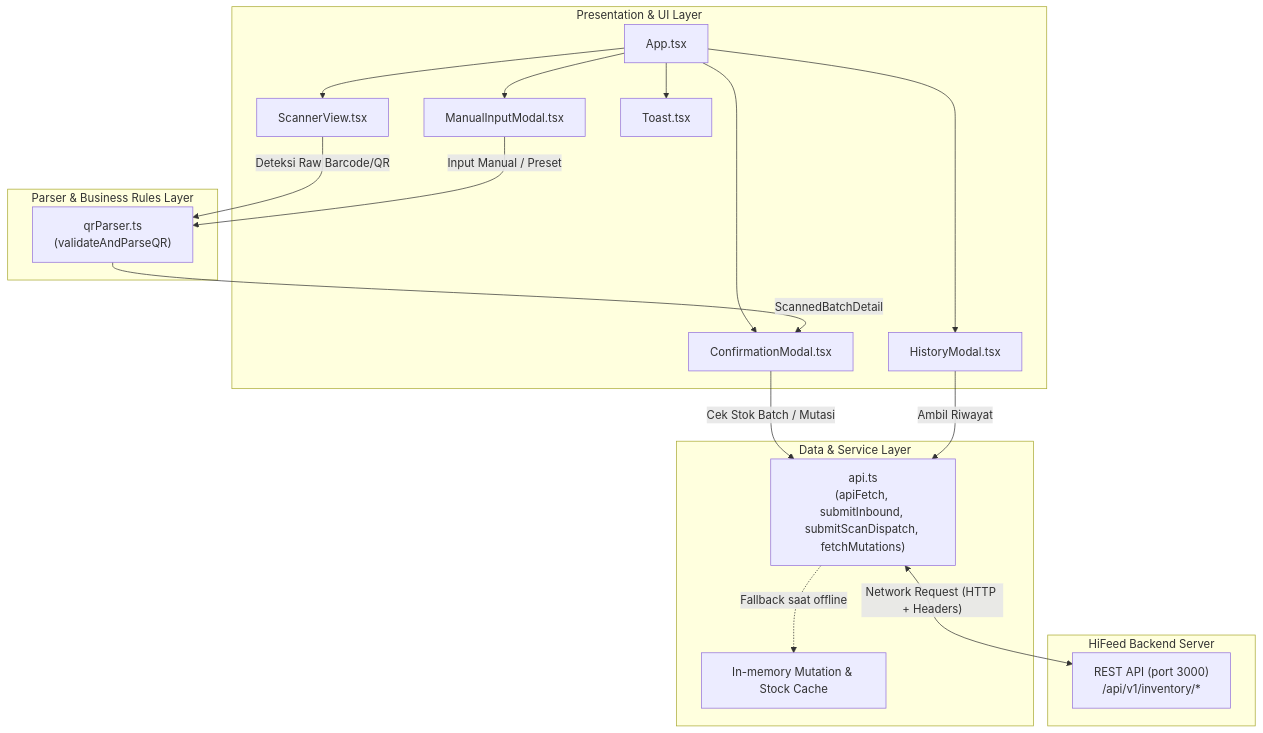
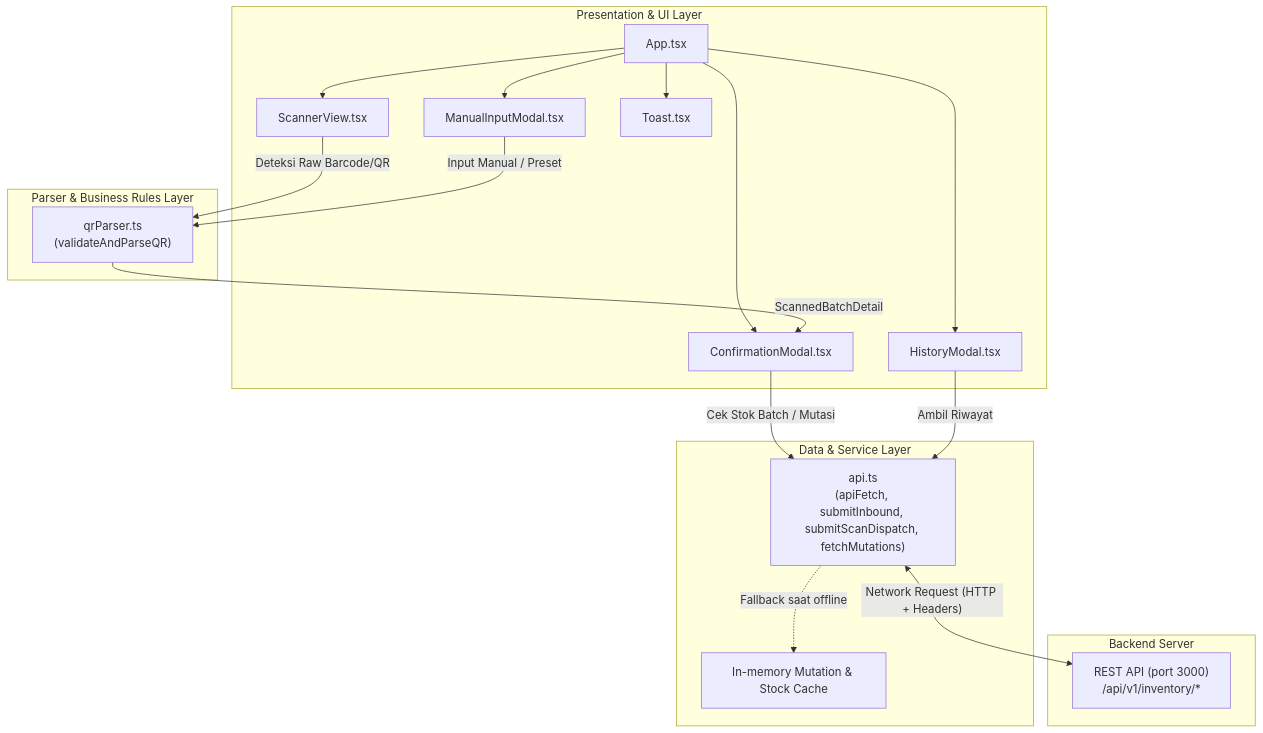
The diagram in README.md (GreenNeon/hf-native), drawn with Mermaid before and after one commit. The commit also changed other lines of this file, not shown here.

````diff
--- a/README.md
+++ b/README.md
@@ -45,39 +45,39 @@
 ```mermaid
 graph TD
     subgraph UI Layer ["Presentation & UI Layer"]
         App["App.tsx"]
         Scanner["ScannerView.tsx"]
         ConfirmModal["ConfirmationModal.tsx"]
         HistoryModal["HistoryModal.tsx"]
         ManualModal["ManualInputModal.tsx"]
         Toast["Toast.tsx"]
     end
 
     subgraph Parser Layer ["Parser & Business Rules Layer"]
         QRParser["qrParser.ts\n(validateAndParseQR)"]
     end
 
     subgraph Service Layer ["Data & Service Layer"]
         ApiService["api.ts\n(apiFetch, submitInbound, submitScanDispatch, fetchMutations)"]
         Cache["In-memory Mutation & Stock Cache"]
     end
 
-    subgraph Backend ["HiFeed Backend Server"]
+    subgraph Backend [" Backend Server"]
         ApiEndpoints["REST API (port 3000)\n/api/v1/inventory/*"]
     end
 
     App --> Scanner
     App --> ConfirmModal
     App --> HistoryModal
     App --> ManualModal
     App --> Toast
 
     Scanner -->|"Deteksi Raw Barcode/QR"| QRParser
     ManualModal -->|"Input Manual / Preset"| QRParser
     QRParser -->|"ScannedBatchDetail"| ConfirmModal
 
     ConfirmModal -->|"Cek Stok Batch / Mutasi"| ApiService
     HistoryModal -->|"Ambil Riwayat"| ApiService
     ApiService <-->|"Network Request (HTTP + Headers)"| ApiEndpoints
     ApiService -.->|"Fallback saat offline"| Cache
 ```
````
